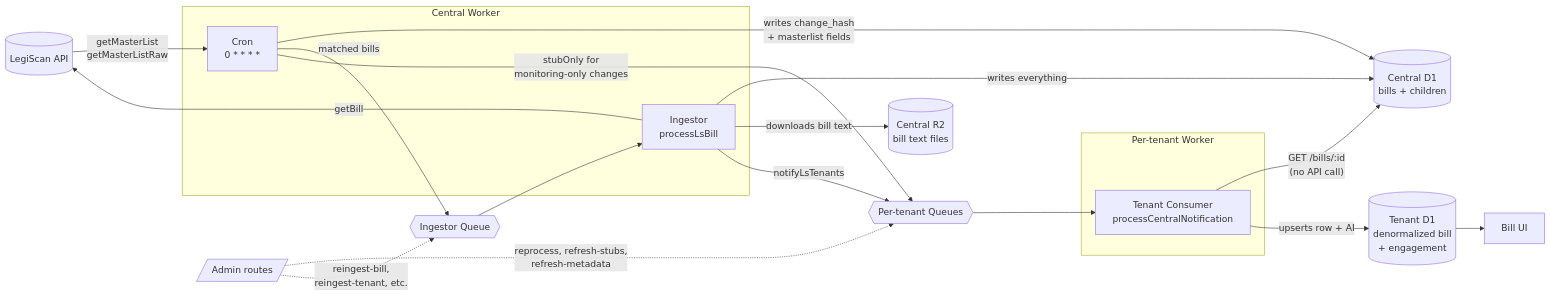
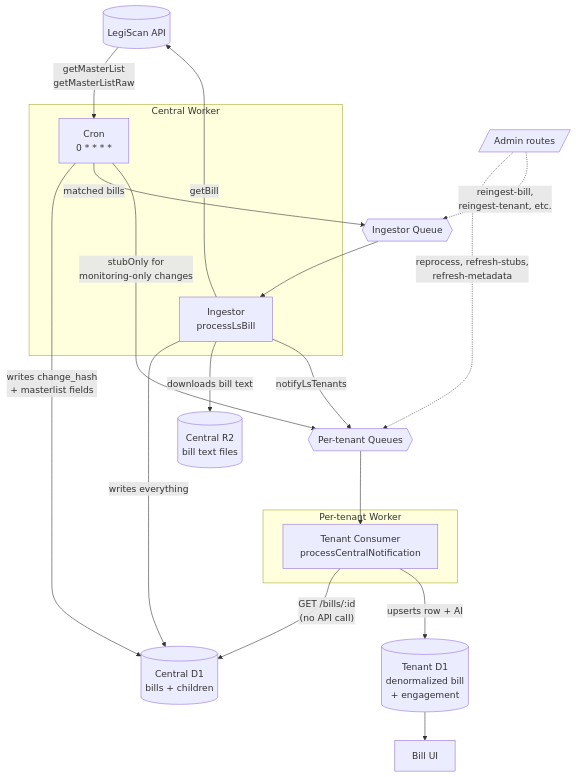
Before and after one commit to floorvote/floorvote: the diagram in docs/content/architecture/index.md, drawn with Mermaid. The commit also changed other lines of this file and 10 other files, not shown here.

````diff
--- a/docs/content/architecture/index.md
+++ b/docs/content/architecture/index.md
@@ -5,34 +5,34 @@
 ```mermaid
-flowchart LR
+flowchart TB
     LS[(LegiScan API)]
     subgraph CENTRAL [Central Worker]
         Cron[Cron<br/>0 * * * *]
         Ingestor[Ingestor<br/>processLsBill]
     end
     CentralDB[("Central D1<br/>bills + children")]
     CentralR2[("Central R2<br/>bill text files")]
     IQ{{"Ingestor Queue"}}
     TQ{{"Per-tenant Queues"}}
     subgraph TENANT [Per-tenant Worker]
         TenantProc[Tenant Consumer<br/>processCentralNotification]
     end
     TenantDB[("Tenant D1<br/>denormalized bill<br/>+ engagement")]
     UI[Bill UI]
     Admin[/Admin routes/]
 
     LS -->|"getMasterList<br/>getMasterListRaw"| Cron
     Cron -->|"writes change_hash<br/>+ masterlist fields"| CentralDB
     Cron -->|"matched bills"| IQ
     Cron -->|"stubOnly for<br/>monitoring-only changes"| TQ
     IQ --> Ingestor
     Ingestor -->|"getBill"| LS
     Ingestor -->|"writes everything"| CentralDB
     Ingestor -->|"downloads bill text"| CentralR2
     Ingestor -->|"notifyLsTenants"| TQ
     TQ --> TenantProc
     TenantProc -->|"GET /bills/:id<br/>(no API call)"| CentralDB
     TenantProc -->|"upserts row + AI"| TenantDB
     TenantDB --> UI
     Admin -.->|"reprocess, refresh-stubs,<br/>refresh-metadata"| TQ
     Admin -.->|"reingest-bill,<br/>reingest-tenant, etc."| IQ
 ```
````
